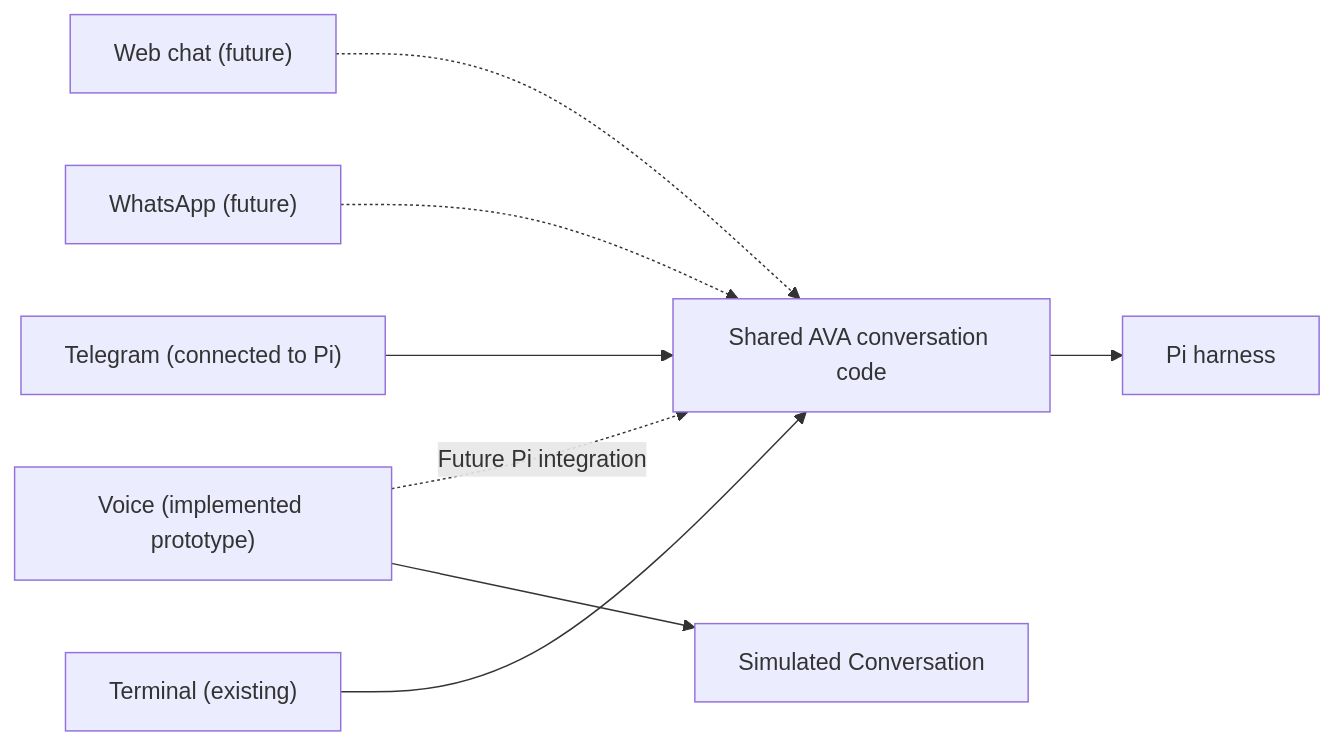
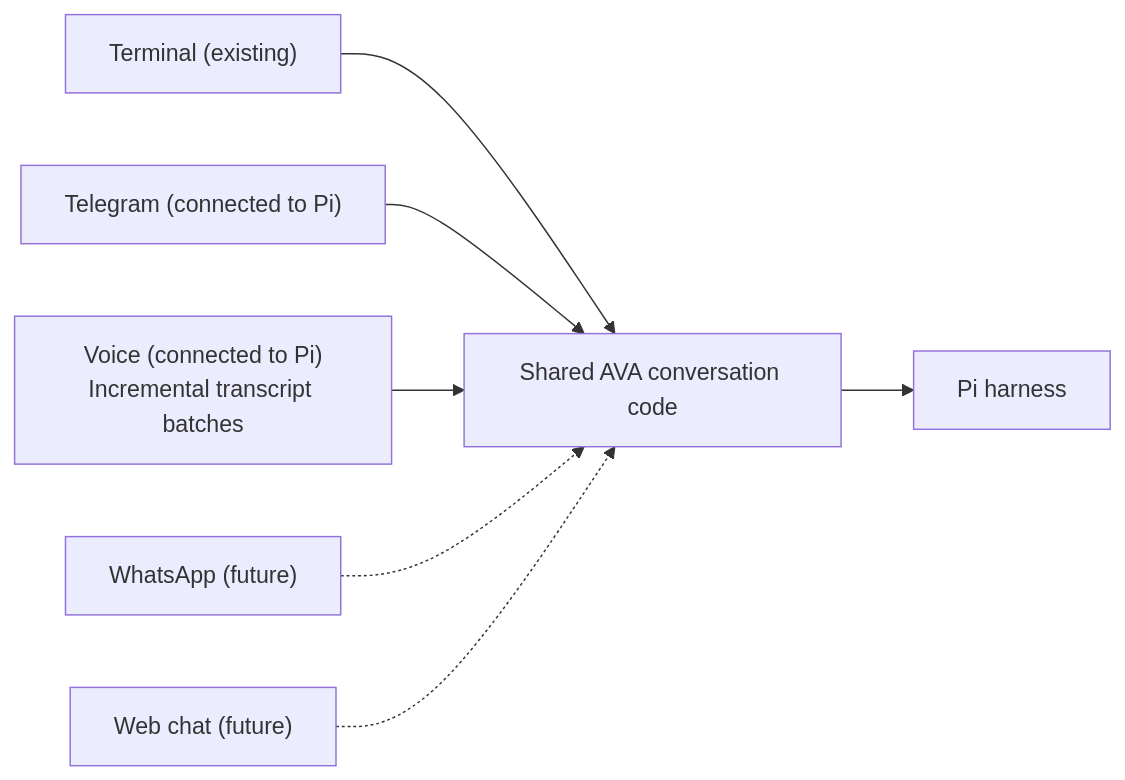
One commit to fjeansilva/ava-personal-assistant changed the second of 2 diagrams in docs/telegram-channel-plan.md. Above: the diagram before and after it, drawn with Mermaid. The commit also changed other lines of this file and 7 other files, not shown here.

Commit message:
feat(voice): connect Pi with incremental transcript batches

````diff
--- a/docs/telegram-channel-plan.md
+++ b/docs/telegram-channel-plan.md
@@ -80,10 +80,9 @@
 ```mermaid
 flowchart LR
     Terminal["Terminal (existing)"] --> Conversation["Shared AVA conversation code"]
     Telegram["Telegram (connected to Pi)"] --> Conversation
-    Voice["Voice (implemented prototype)"] --> Mock["Simulated Conversation"]
-    Voice -.->|"Future Pi integration"| Conversation
+    Voice["Voice (connected to Pi)<br/>Incremental transcript batches"] --> Conversation
     WhatsApp["WhatsApp (future)"] -.-> Conversation
     Web["Web chat (future)"] -.-> Conversation
     Conversation --> Pi["Pi harness"]
 ```
````
